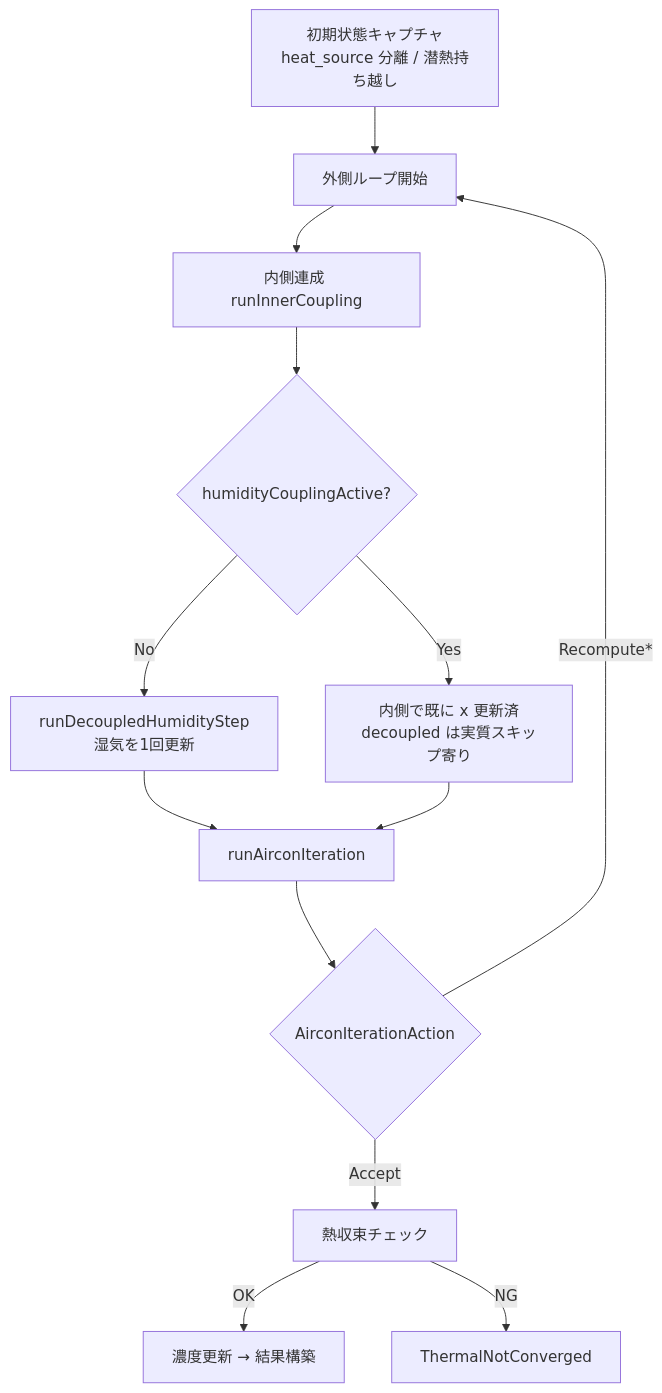
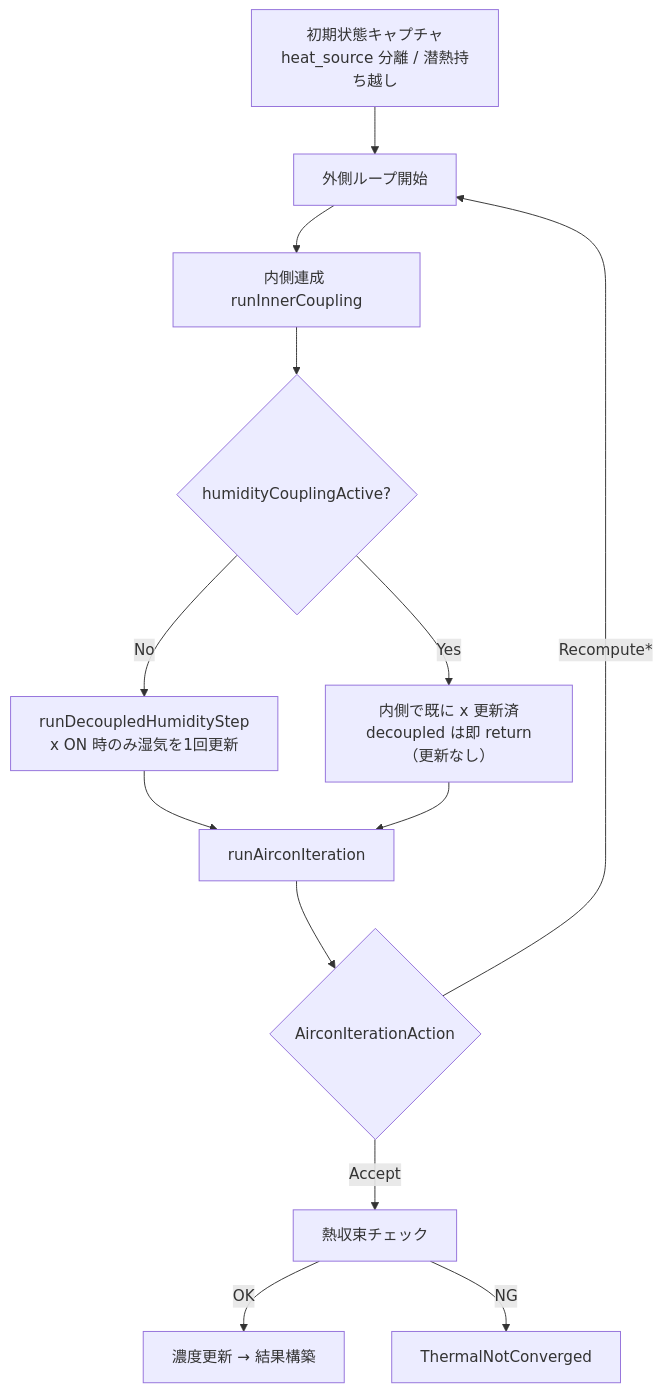
The third of 11 diagrams in engine/docs/simulation_loops.md (iguchi-lab/vtsimnx), drawn with Mermaid before and after one commit. The commit also changed other lines of this file and 5 other files, not shown here.

````diff
--- a/engine/docs/simulation_loops.md
+++ b/engine/docs/simulation_loops.md
@@ -57,15 +57,15 @@
 ```mermaid
 flowchart TD
     A["初期状態キャプチャ<br/>heat_source 分離 / 潜熱持ち越し"] --> B["外側ループ開始"]
     B --> C["内側連成 runInnerCoupling"]
     C --> D{"humidityCouplingActive?"}
-    D -->|No| E["runDecoupledHumidityStep<br/>湿気を1回更新"]
-    D -->|Yes| F["内側で既に x 更新済<br/>decoupled は実質スキップ寄り"]
+    D -->|No| E["runDecoupledHumidityStep<br/>x ON 時のみ湿気を1回更新"]
+    D -->|Yes| F["内側で既に x 更新済<br/>decoupled は即 return（更新なし）"]
     E --> G["runAirconIteration"]
     F --> G
     G --> H{"AirconIterationAction"}
     H -->|Accept| I["熱収束チェック"]
     H -->|Recompute*| B
     I -->|OK| J["濃度更新 → 結果構築"]
     I -->|NG| K["ThermalNotConverged"]
 ```
````
